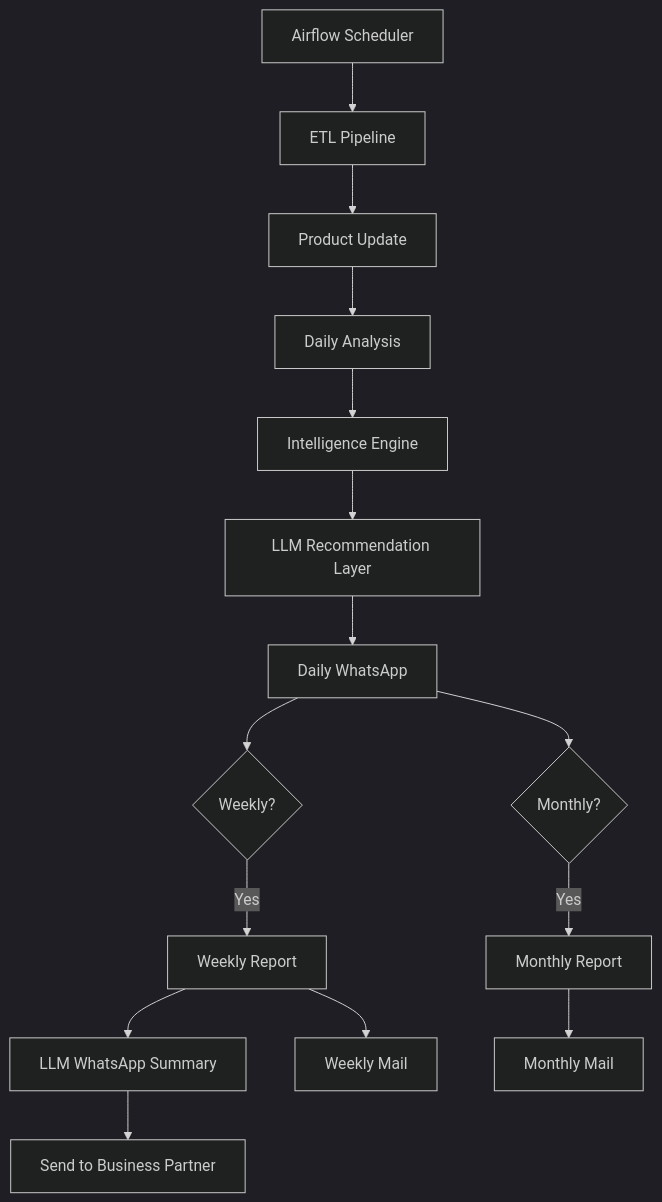
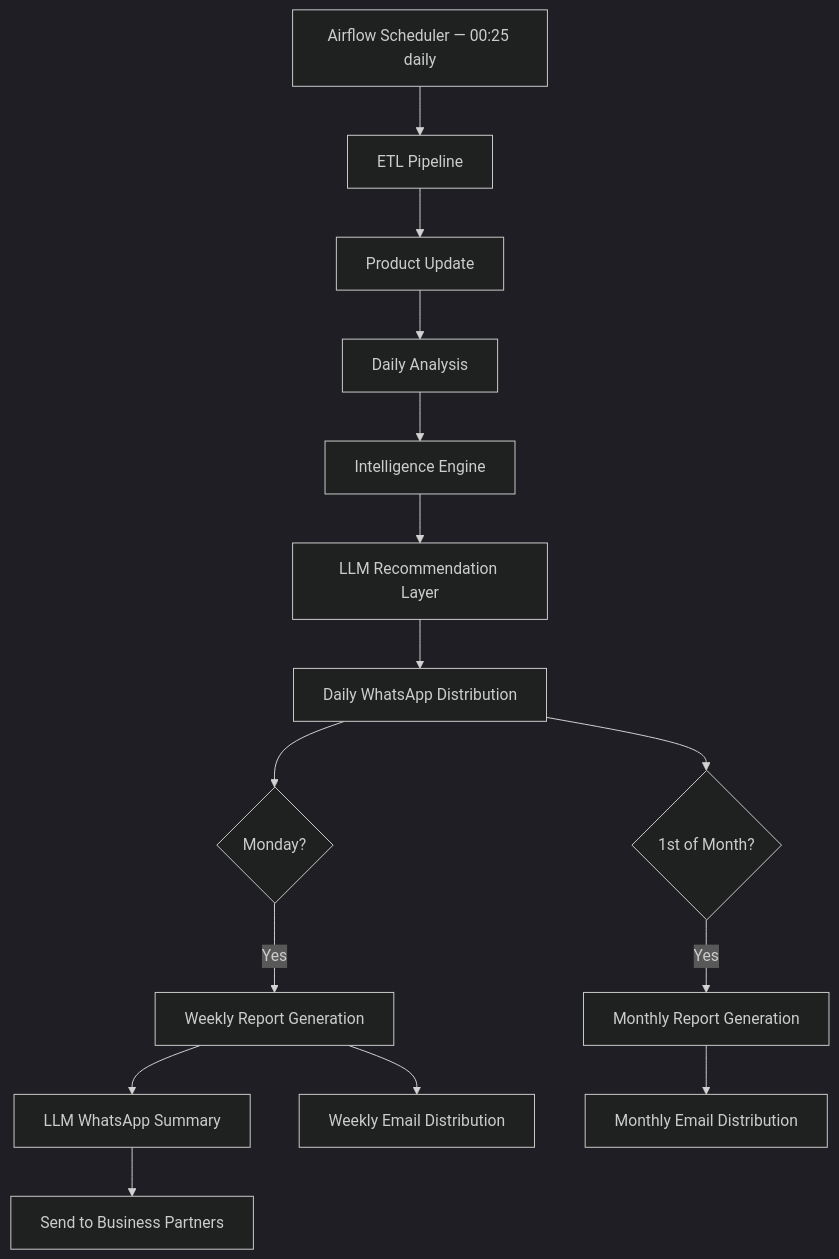
The second of 2 diagrams in readme.md (SominZex/sales_analysis_algorithm), drawn with Mermaid (dark theme) before and after one commit. The commit also changed other lines of this file, not shown here.

````diff
--- a/readme.md
+++ b/readme.md
@@ -219,19 +153,19 @@
 ```mermaid
 flowchart TD
-    A[Airflow Scheduler] --> B[ETL Pipeline]
+    A[Airflow Scheduler — 00:25 daily] --> B[ETL Pipeline]
     B --> C[Product Update]
     C --> D[Daily Analysis]
     D --> E[Intelligence Engine]
     E --> F[LLM Recommendation Layer]
-    F --> G[Daily WhatsApp]
+    F --> G[Daily WhatsApp Distribution]
 
-    G --> H{Weekly?}
-    H -->|Yes| I[Weekly Report]
+    G --> H{Monday?}
+    H -->|Yes| I[Weekly Report Generation]
     I --> J[LLM WhatsApp Summary]
-    J --> K[Send to Business Partner]
-    I --> L[Weekly Mail]
+    J --> K[Send to Business Partners]
+    I --> L[Weekly Email Distribution]
 
-    G --> M{Monthly?}
-    M -->|Yes| N[Monthly Report]
-    N --> O[Monthly Mail]
+    G --> M{1st of Month?}
+    M -->|Yes| N[Monthly Report Generation]
+    N --> O[Monthly Email Distribution]
 ```
````
